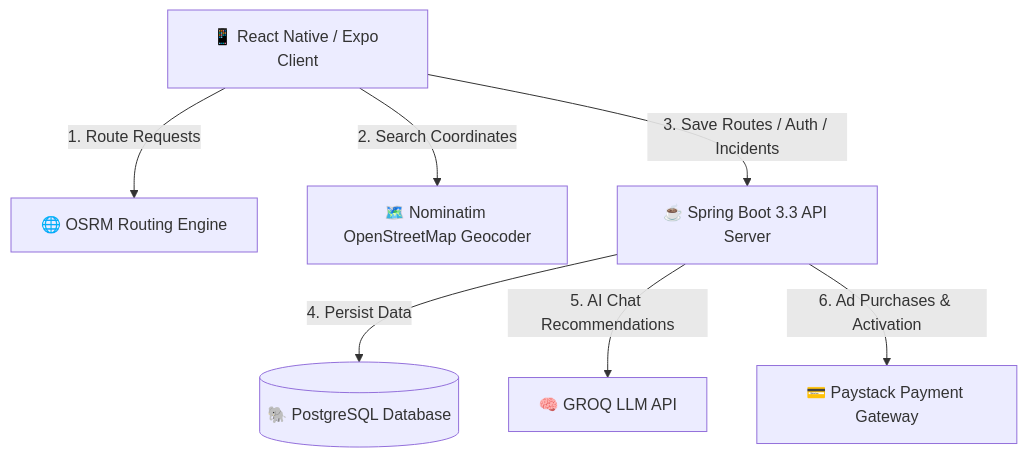
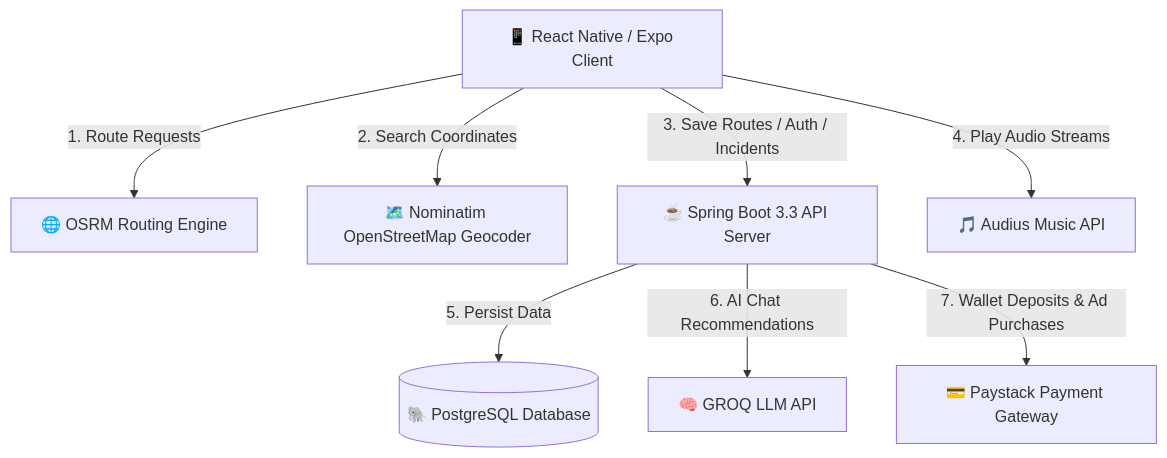
The diagram in README.md (Philemon12421/Pathy--CodequestProject), drawn with Mermaid before and after one commit. The commit also changed other lines of this file, not shown here.

Commit message:
docs: update root README with detailed system and database architecture

````diff
--- a/README.md
+++ b/README.md
@@ -15,17 +15,19 @@
 ```mermaid
 graph TD
     Client[📱 React Native / Expo Client]
     OSRM[🌐 OSRM Routing Engine]
     Nominatim[🗺️ Nominatim OpenStreetMap Geocoder]
     Backend[☕ Spring Boot 3.3 API Server]
     Postgres[(🐘 PostgreSQL Database)]
     Groq[🧠 GROQ LLM API]
     Paystack[💳 Paystack Payment Gateway]
+    Audius[🎵 Audius Music API]
 
     Client -->|1. Route Requests| OSRM
     Client -->|2. Search Coordinates| Nominatim
     Client -->|3. Save Routes / Auth / Incidents| Backend
-    Backend -->|4. Persist Data| Postgres
-    Backend -->|5. AI Chat Recommendations| Groq
-    Backend -->|6. Ad Purchases & Activation| Paystack
+    Client -->|4. Play Audio Streams| Audius
+    Backend -->|5. Persist Data| Postgres
+    Backend -->|6. AI Chat Recommendations| Groq
+    Backend -->|7. Wallet Deposits & Ad Purchases| Paystack
 ```
````
